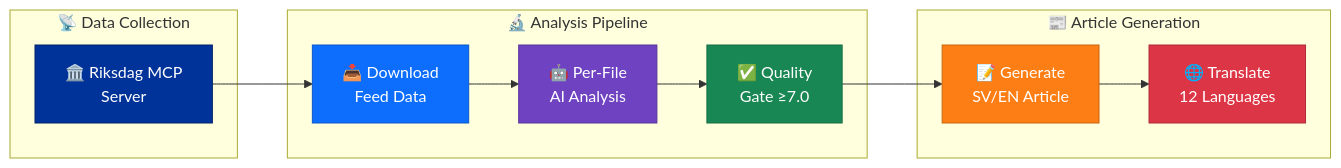
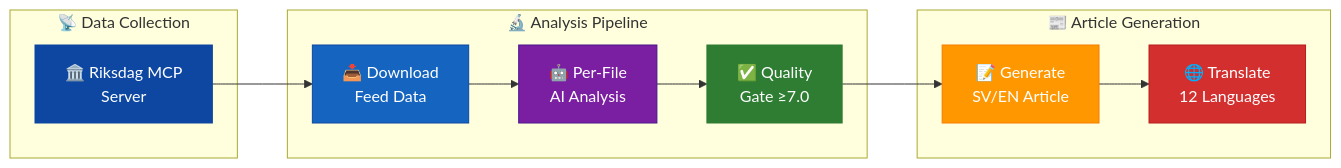
One commit to Hack23/riksdagsmonitor changed the third of 7 diagrams in analysis/README.md. Above: the diagram before and after it, drawn with Mermaid. The commit also changed other lines of this file and 785 other files, not shown here.

First line of the commit message:
Normalize mermaid colors across 786 analysis artifacts to ISMS Style Guide palette

````diff
--- a/analysis/README.md
+++ b/analysis/README.md
@@ -217,26 +217,26 @@
 ```mermaid
 flowchart LR
     subgraph "📡 Data Collection"
         RD["🏛️ Riksdag MCP\nServer"]
     end
 
     subgraph "🔬 Analysis Pipeline"
         DL["📥 Download\nFeed Data"]
         AI["🤖 Per-File\nAI Analysis"]
         QG["✅ Quality\nGate ≥7.0"]
     end
 
     subgraph "📰 Article Generation"
         GEN["📝 Generate\nSV/EN Article"]
         TR["🌐 Translate\n12 Languages"]
     end
 
     RD --> DL --> AI --> QG --> GEN --> TR
 
-    style RD fill:#003399,stroke:#002266,color:#fff
-    style DL fill:#0d6efd,stroke:#0a58ca,color:#fff
-    style AI fill:#6f42c1,stroke:#59359a,color:#fff
-    style QG fill:#198754,stroke:#146c43,color:#fff
-    style GEN fill:#fd7e14,stroke:#ca6510,color:#fff
-    style TR fill:#dc3545,stroke:#b02a37,color:#fff
+    style RD fill:#0D47A1,stroke:#0D47A1,color:#FFFFFF
+    style DL fill:#1565C0,stroke:#0D47A1,color:#FFFFFF
+    style AI fill:#7B1FA2,stroke:#4A148C,color:#FFFFFF
+    style QG fill:#2E7D32,stroke:#2E7D32,color:#FFFFFF
+    style GEN fill:#FF9800,stroke:#F57C00,color:#FFFFFF
+    style TR fill:#D32F2F,stroke:#B71C1C,color:#FFFFFF
 ```
````
